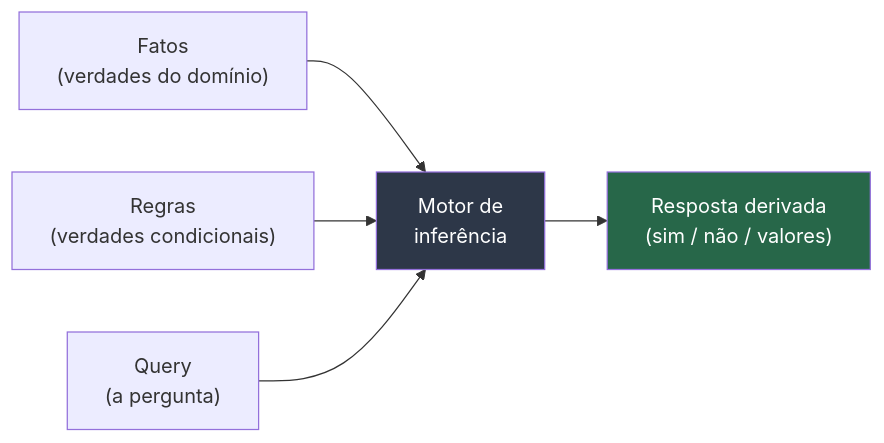
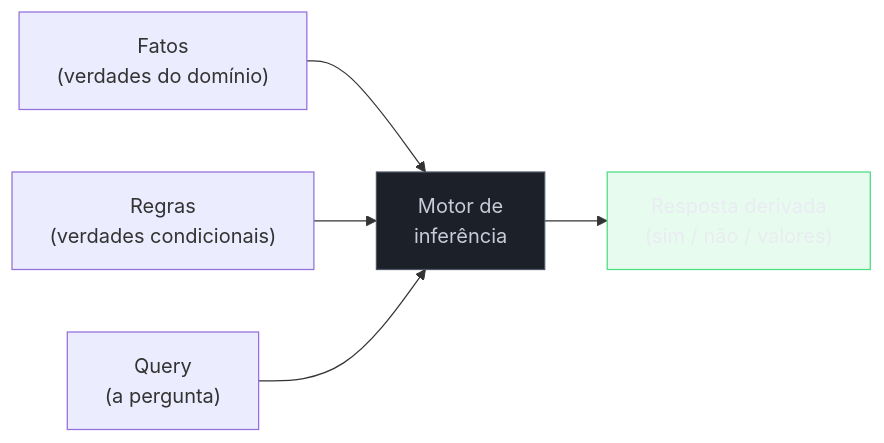
The first of 3 diagrams in 03-Dominios/Ciência/Paradigmas/11 - O paradigma lógico.md (josenaldo/codex-technomanticus), drawn with Mermaid before and after one commit. The commit also changed other lines of this file and 1181 other files, not shown here.

First line of the commit message:
fix(diagramas): paleta do sistema no lugar de cor cravada no markdown

````diff
--- a/03-Dominios/Ciência/Paradigmas/11 - O paradigma lógico.md
+++ b/03-Dominios/Ciência/Paradigmas/11 - O paradigma lógico.md
@@ -44,9 +44,11 @@
 ```mermaid
 flowchart LR
+    classDef neutro fill:#1B2029,stroke:#4E5666,color:#C6CCD8
+    classDef ok fill:#4ADE8021,stroke:#4ADE80,color:#E9ECF2
     F["Fatos<br/>(verdades do domínio)"] --> M["Motor de<br/>inferência"]
     R["Regras<br/>(verdades condicionais)"] --> M
     Q["Query<br/>(a pergunta)"] --> M
     M --> A["Resposta derivada<br/>(sim / não / valores)"]
-    style M fill:#2d3748,color:#fff
-    style A fill:#276749,color:#fff
+    class M neutro
+    class A ok
 ```
````
